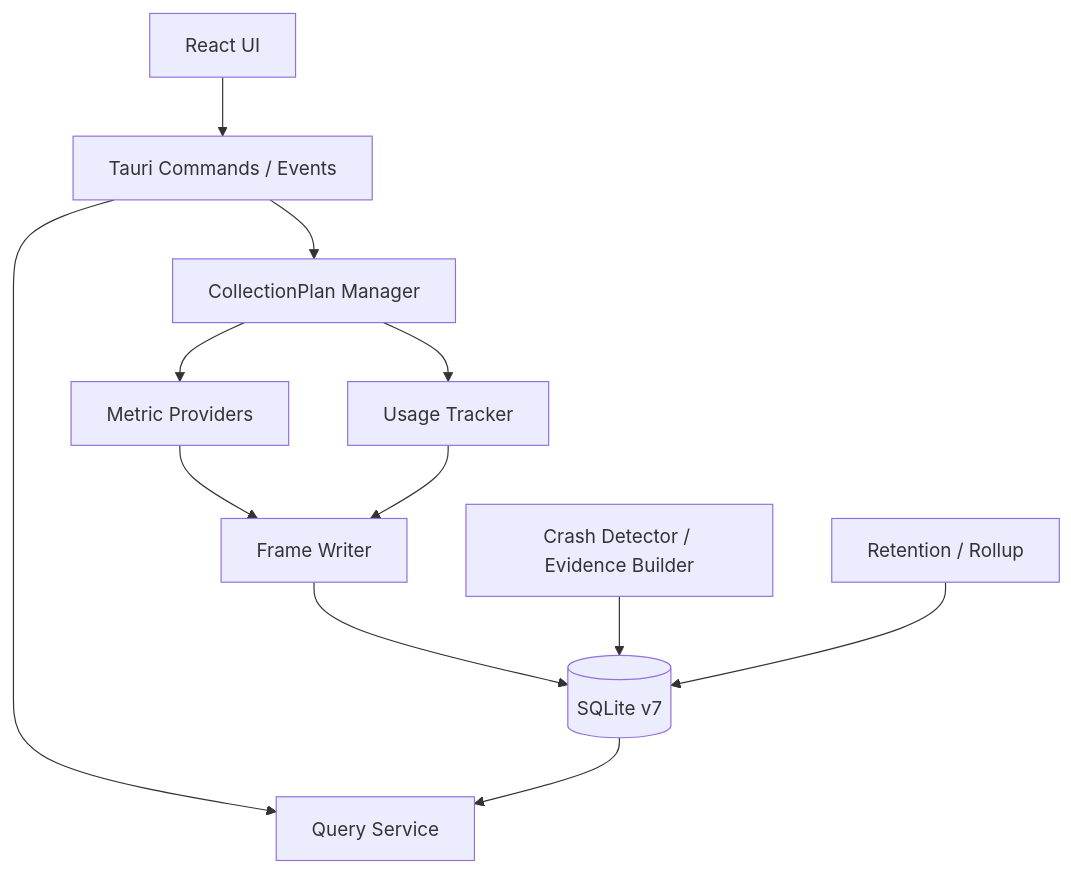
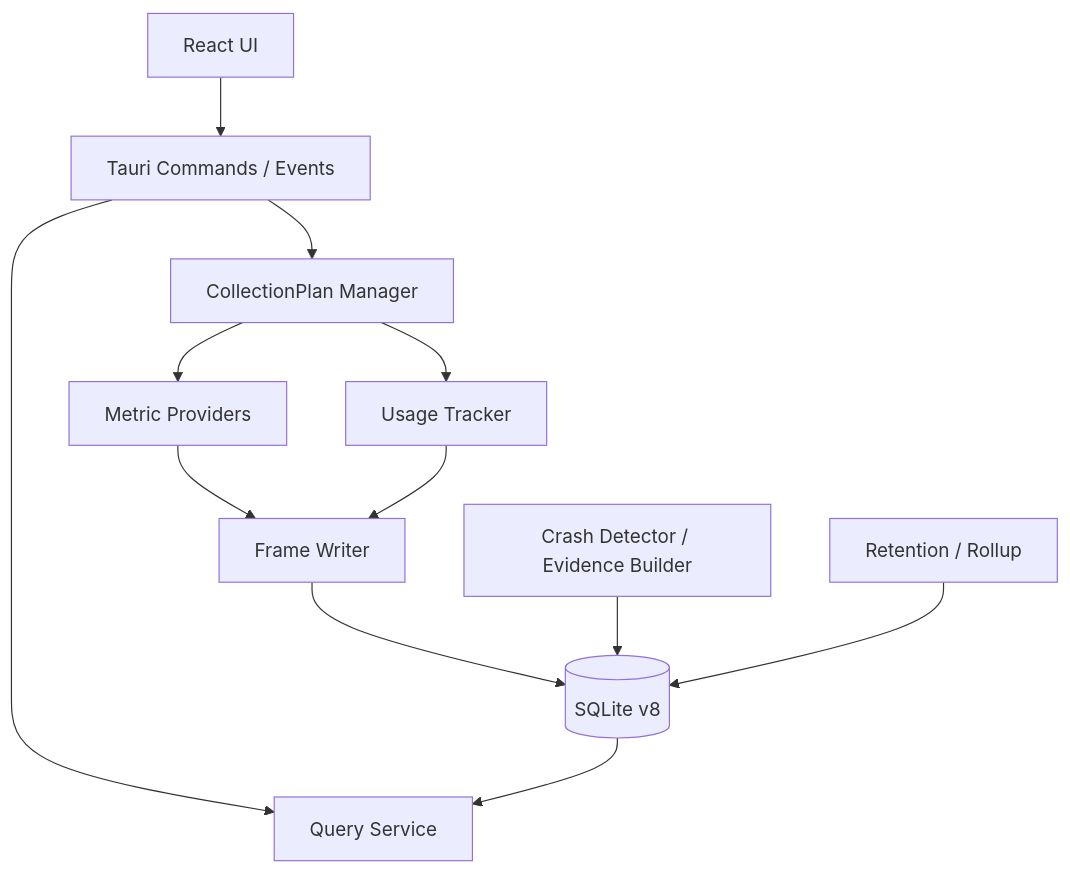
Before and after one commit to WuKong512/win-resources-timeline: the diagram in docs/upgrade/architecture.md, drawn with Mermaid. The commit also changed other lines of this file and 17 other files, not shown here.

````diff
--- a/docs/upgrade/architecture.md
+++ b/docs/upgrade/architecture.md
@@ -11,14 +11,14 @@
 ```mermaid
 flowchart TD
     UI[React UI] --> API[Tauri Commands / Events]
     API --> QUERY[Query Service]
     API --> PLAN[CollectionPlan Manager]
     PLAN --> PROVIDERS[Metric Providers]
     PLAN --> USAGE[Usage Tracker]
     PROVIDERS --> WRITER[Frame Writer]
     USAGE --> WRITER
-    WRITER --> DB[(SQLite v7)]
+    WRITER --> DB[(SQLite v8)]
     DB --> QUERY
     CRASH[Crash Detector / Evidence Builder] --> DB
     MAINT[Retention / Rollup] --> DB
 ```
````
